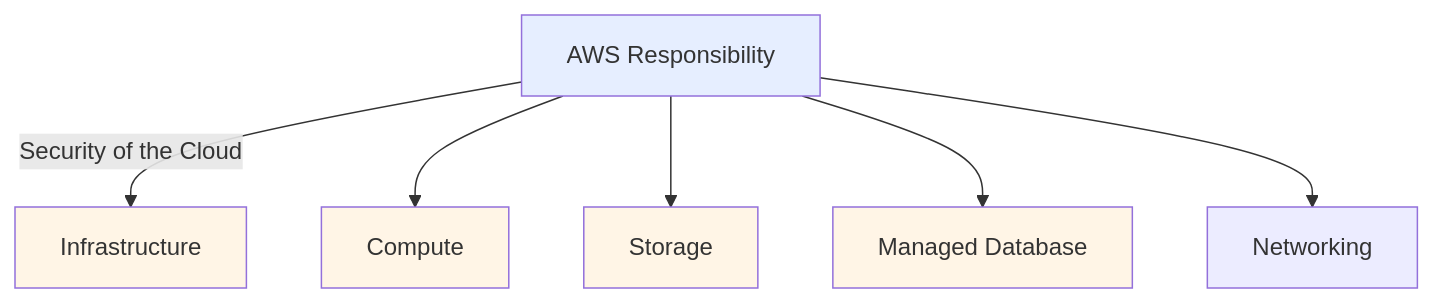
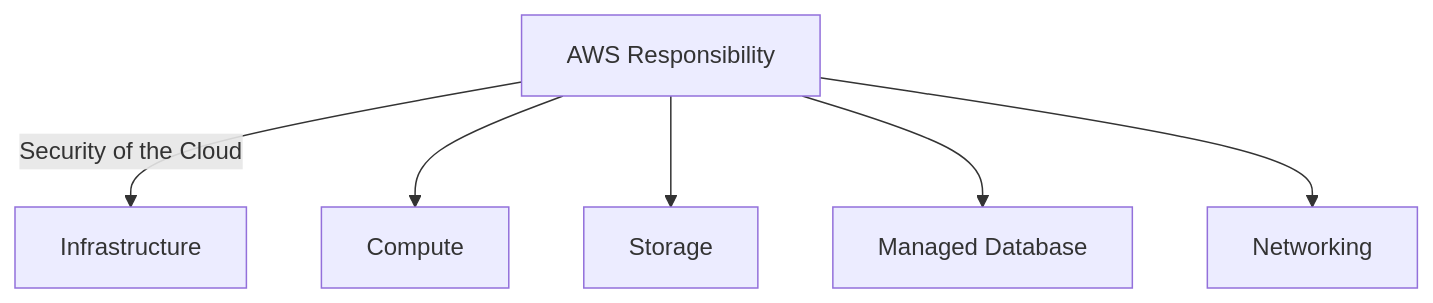
The second of 6 diagrams in english/50_10_Methods_to_secure_AI_systems.md (CloudCityPress/aws-aif-c01), drawn with Mermaid before and after one commit. The commit also changed other lines of this file and 16 other files, not shown here.

Commit message:
updating Mermaids

````diff
--- a/english/50_10_Methods_to_secure_AI_systems.md
+++ b/english/50_10_Methods_to_secure_AI_systems.md
@@ -62,13 +56,8 @@
 ```mermaid
 flowchart TD
     A[AWS Responsibility] -->|Security of the Cloud| B[Infrastructure]
     A --> C[Compute]
     A --> D[Storage]
     A --> E[Managed Database]
     A --> F[Networking]
-    style A fill:#e6eeff
-    style B fill:#fff5e6
-    style C fill:#fff5e6
-    style D fill:#fff5e6
-    style E fill:#fff5e6
 ```
````
